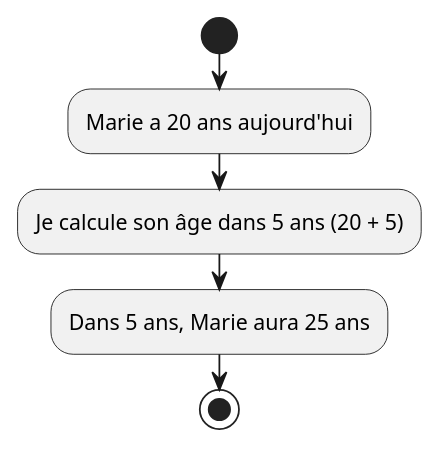
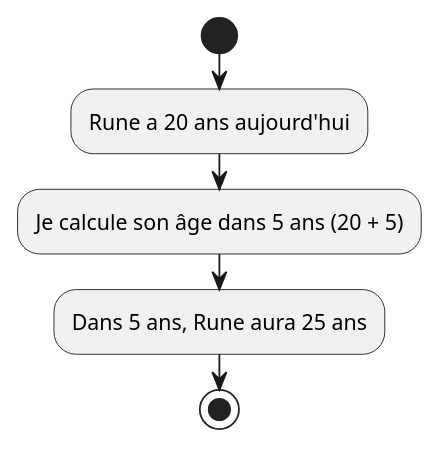
One commit to HEIG-VD-Prog-Course/HEIG-VD-ProgIM-Course changed the second of 36 diagrams in 04.02-variables-constantes/01-supports-de-cours/README.md. Above: the diagram before and after it, drawn with PlantUML. The commit also changed other lines of this file and 43 other files, not shown here.

````diff
--- a/04.02-variables-constantes/01-supports-de-cours/README.md
+++ b/04.02-variables-constantes/01-supports-de-cours/README.md
@@ -222,9 +222,9 @@
 ```plantuml
 @startuml
 start
-:Marie a 20 ans aujourd'hui;
+:Rune a 20 ans aujourd'hui;
 :Je calcule son âge dans 5 ans (20 + 5);
-:Dans 5 ans, Marie aura 25 ans;
+:Dans 5 ans, Rune aura 25 ans;
 stop
 @enduml
 ```
````
